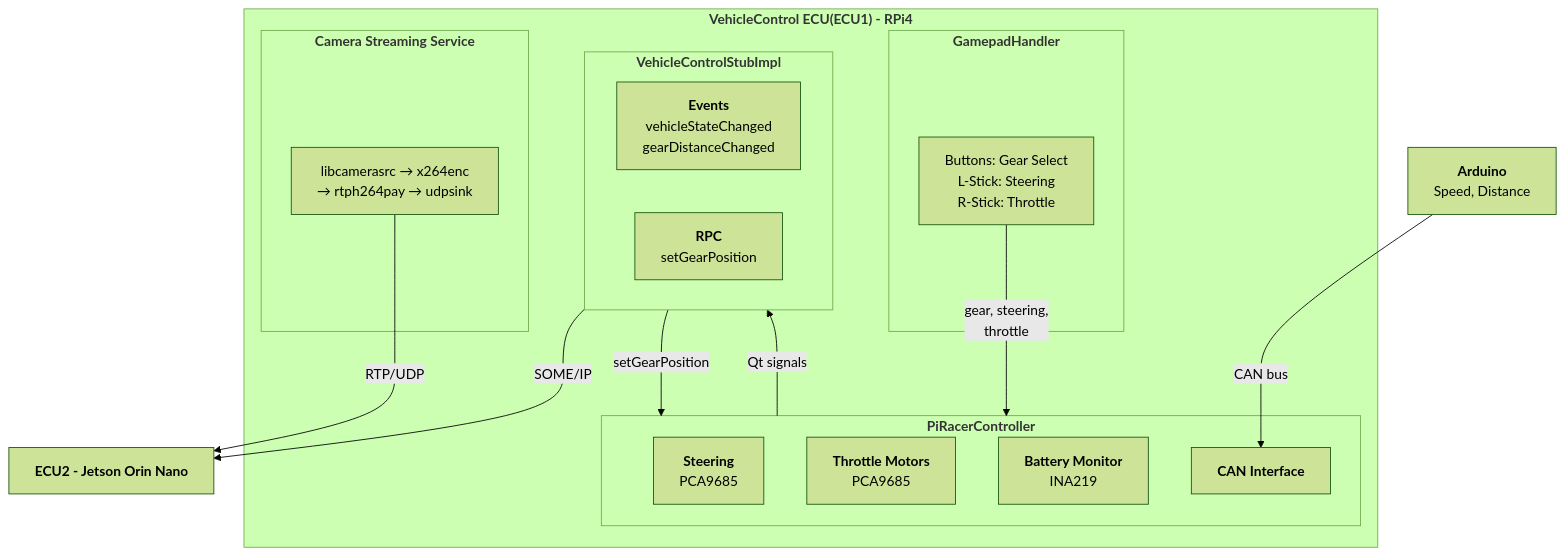
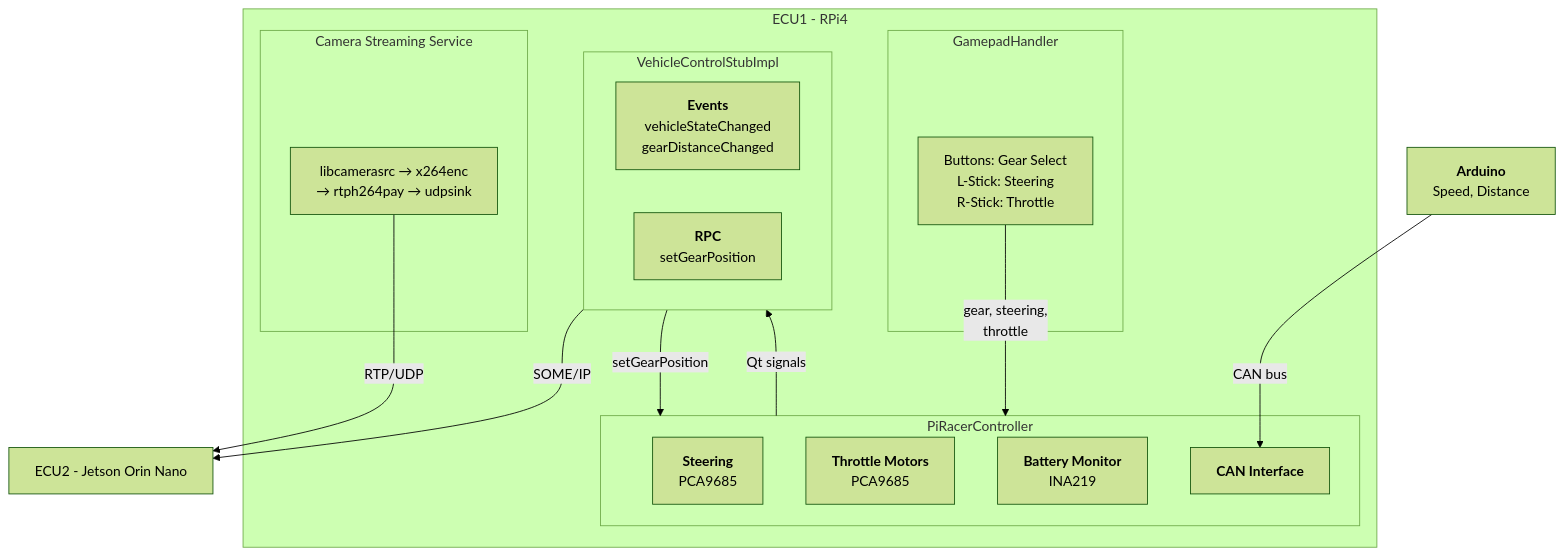
The diagram in README1.md (Changseok-Oh29/DES_Head-Unit), drawn with Mermaid (forest theme) before and after one commit.

Commit message:
changed the software architecture diagram regarding the title and enter stuffs

````diff
--- a/README1.md
+++ b/README1.md
@@ -60,37 +60,37 @@
 ```mermaid
 graph TD
     Arduino["<b>Arduino</b><br/>Speed, Distance"]
 
-    subgraph ECU1["<b>VehicleControl ECU(ECU1) - RPi4</b>"]
+    subgraph ECU1["ECU1 - RPi4"]
 
-        subgraph Gamepad["<b>GamepadHandler</b>"]
+        subgraph Gamepad["GamepadHandler"]
             GP_Buttons["Buttons: Gear Select<br/>L-Stick: Steering<br/>R-Stick: Throttle"]
         end
 
-        subgraph PiRacer["<b>PiRacerController</b>"]
+        subgraph PiRacer["PiRacerController"]
             Steering["<b>Steering</b><br/>PCA9685"]
             Throttle["<b>Throttle Motors</b><br/>PCA9685"]
             Battery["<b>Battery Monitor</b><br/>INA219"]
             CAN["<b>CAN Interface</b>"]
         end
 
-        subgraph Stub["<b>VehicleControlStubImpl</b>"]
+        subgraph Stub["VehicleControlStubImpl"]
             direction LR
             Events["<b>Events</b><br/>vehicleStateChanged<br/>gearDistanceChanged"]
             RPC["<b>RPC</b><br/>setGearPosition"]
         end
 
-        subgraph Camera["<b>Camera Streaming Service</b>"]
+        subgraph Camera["Camera Streaming Service"]
             Pipeline["libcamerasrc → x264enc<br/>→ rtph264pay → udpsink"]
         end
     end
 
-    ECU2["<b>ECU2 - Jetson Orin Nano</b>"]
+    ECU2["ECU2 - Jetson Orin Nano"]
 
     Arduino -- "CAN bus" --> CAN
     GP_Buttons -- "gear, steering,<br/>throttle" --> PiRacer
     PiRacer -- "Qt signals" --> Events
     RPC -- "setGearPosition" --> PiRacer
     Events -- "SOME/IP" --> ECU2
     Pipeline -- "RTP/UDP" --> ECU2
 ```
````
